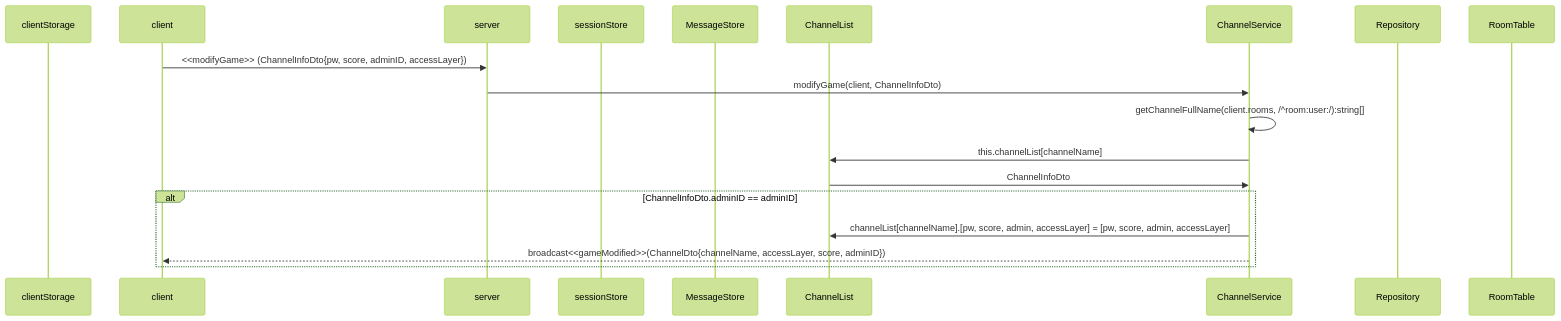
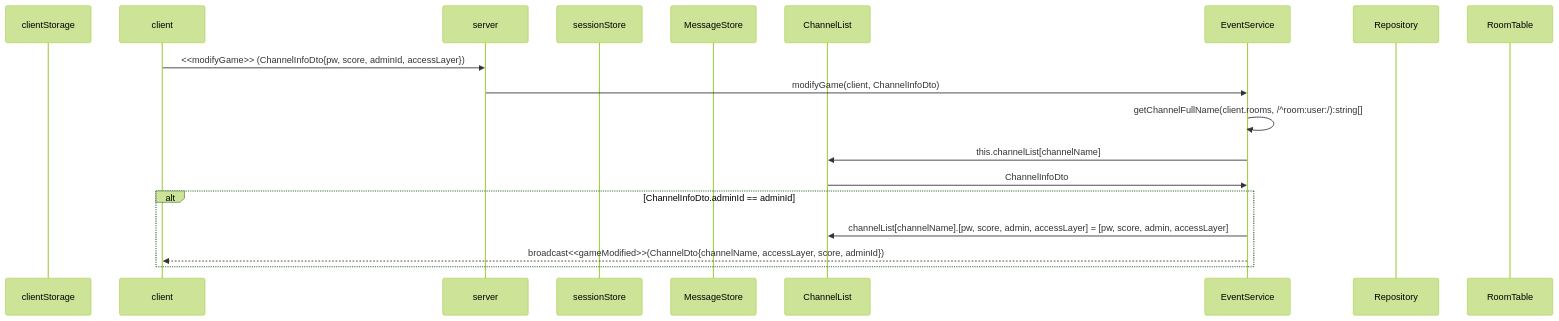
One commit to mtak0235/simmons_transcendence changed diagram 12 of 19 in backend/node/app/event.md. Above: the diagram before and after it, drawn with Mermaid (forest theme). The commit also changed other lines of this file and 1 other file, not shown here.

````diff
--- a/backend/node/app/event.md
+++ b/backend/node/app/event.md
@@ -317,22 +294,22 @@
 ```mermaid
 sequenceDiagram
 participant cls as clientStorage
 participant c as client
 participant ga as server
 participant ss as sessionStore
 participant ms as MessageStore
 participant cns as ChannelList
-participant cs as ChannelService
+participant cs as EventService
 participant r as Repository
 participant rt as RoomTable
 
-c->>ga: <<modifyGame>> (ChannelInfoDto{pw, score, adminID, accessLayer})
+c->>ga: <<modifyGame>> (ChannelInfoDto{pw, score, adminId, accessLayer})
 ga->>cs: modifyGame(client, ChannelInfoDto)
 cs->>cs: getChannelFullName(client.rooms, /^room:user:/):string[]
 cs->>cns: this.channelList[channelName]
 cns->>cs: ChannelInfoDto
-alt ChannelInfoDto.adminID == adminID
+alt ChannelInfoDto.adminId == adminId
 cs->>cns: channelList[channelName].[pw, score, admin, accessLayer] = [pw, score, admin, accessLayer]
-cs-->>c: broadcast<<gameModified>>(ChannelDto{channelName, accessLayer, score, adminID})
+cs-->>c: broadcast<<gameModified>>(ChannelDto{channelName, accessLayer, score, adminId})
 end
 ```
````
